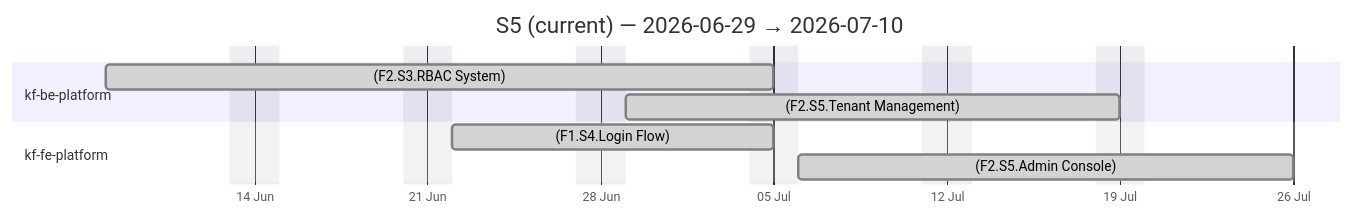
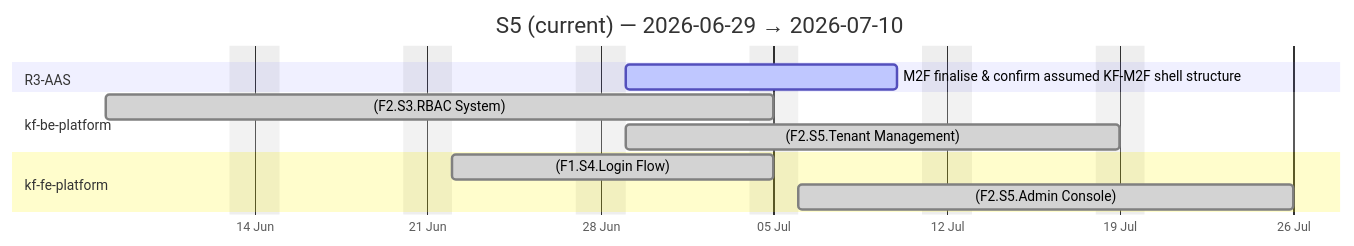
The third of 4 diagrams in docs/agile-sprints.md (Katty-Fashion/kf-cpto), drawn with Mermaid before and after one commit. The commit also changed other lines of this file and 12 other files, not shown here.

````diff
--- a/docs/agile-sprints.md
+++ b/docs/agile-sprints.md
@@ -63,14 +63,16 @@
 ```mermaid
 gantt
     title S5 (current) — 2026-06-29 → 2026-07-10
     dateFormat YYYY-MM-DD
     axisFormat %d %b
     excludes weekends
 
+    section R3-AAS
+    M2F finalise & confirm assumed KF-M2F shell structure :active, 2026-06-29, 2026-07-10
     section kf-be-platform
     (F2.S3.RBAC System) :done, 2026-06-08, 2026-07-05
     (F2.S5.Tenant Management) :done, 2026-06-29, 2026-07-19
     section kf-fe-platform
     (F1.S4.Login Flow) :done, 2026-06-22, 2026-07-05
     (F2.S5.Admin Console) :done, 2026-07-06, 2026-07-26
 ```
````
